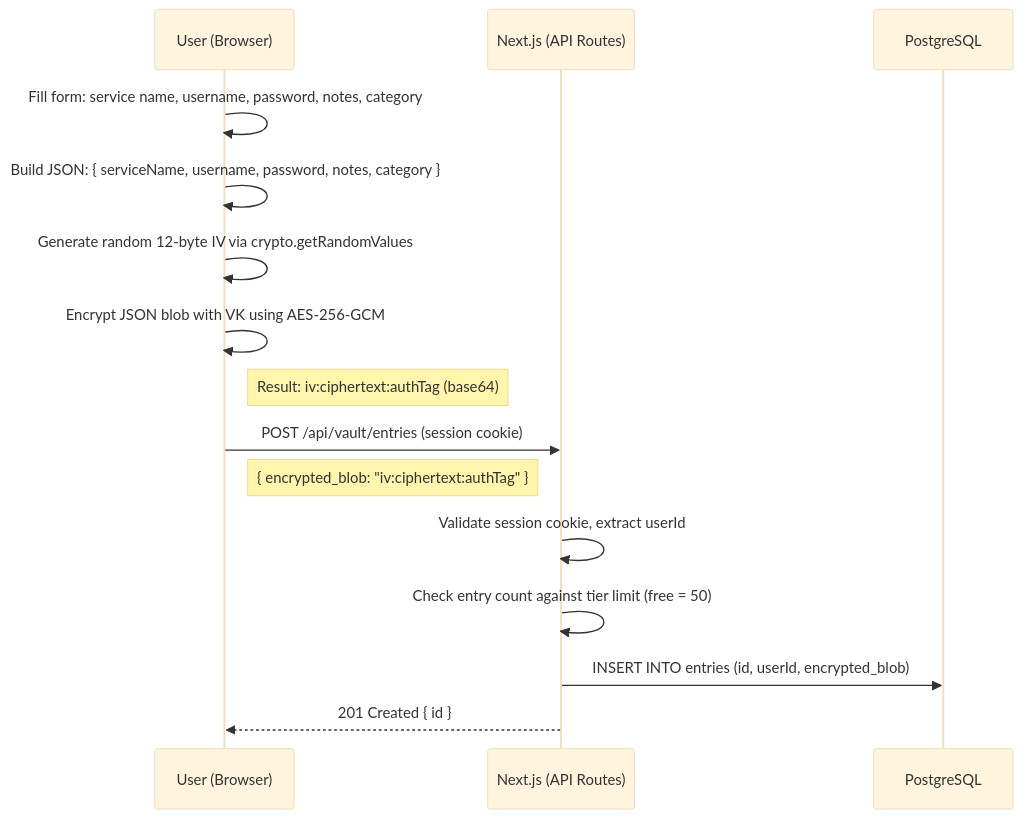
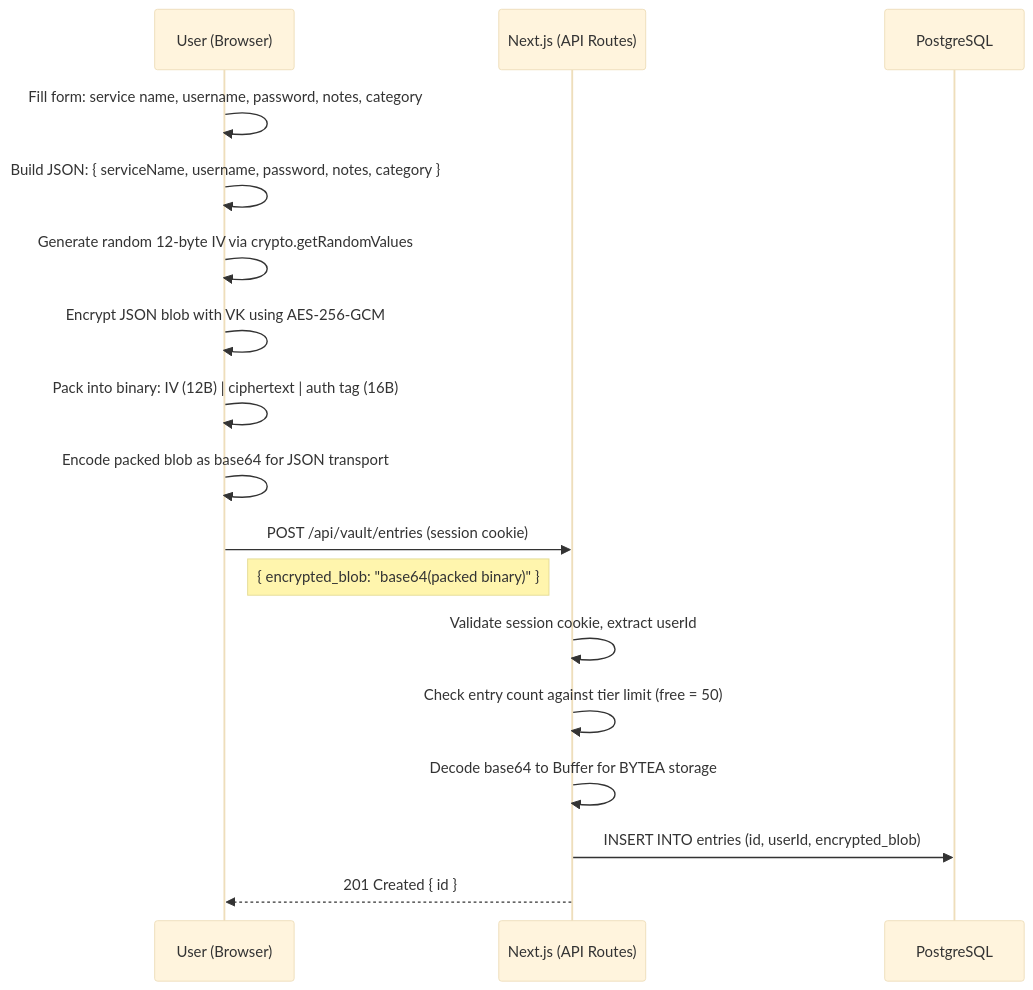
Before and after one commit to kunalsinghdadhwal/lockr: the sixth of 8 diagrams in docs/ARCHITECTURE.md, drawn with Mermaid (base theme). The commit also changed other lines of this file, not shown here.

````diff
--- a/docs/ARCHITECTURE.md
+++ b/docs/ARCHITECTURE.md
@@ -353,19 +372,21 @@
 ```mermaid
 sequenceDiagram
     participant U as User (Browser)
     participant N as Next.js (API Routes)
     participant DB as PostgreSQL
 
     U->>U: Fill form: service name, username, password, notes, category
     U->>U: Build JSON: { serviceName, username, password, notes, category }
     U->>U: Generate random 12-byte IV via crypto.getRandomValues
     U->>U: Encrypt JSON blob with VK using AES-256-GCM
-    Note right of U: Result: iv:ciphertext:authTag (base64)
+    U->>U: Pack into binary: IV (12B) | ciphertext | auth tag (16B)
+    U->>U: Encode packed blob as base64 for JSON transport
 
     U->>N: POST /api/vault/entries (session cookie)
-    Note right of U: { encrypted_blob: "iv:ciphertext:authTag" }
+    Note right of U: { encrypted_blob: "base64(packed binary)" }
     N->>N: Validate session cookie, extract userId
     N->>N: Check entry count against tier limit (free = 50)
+    N->>N: Decode base64 to Buffer for BYTEA storage
     N->>DB: INSERT INTO entries (id, userId, encrypted_blob)
     N-->>U: 201 Created { id }
 ```
````
